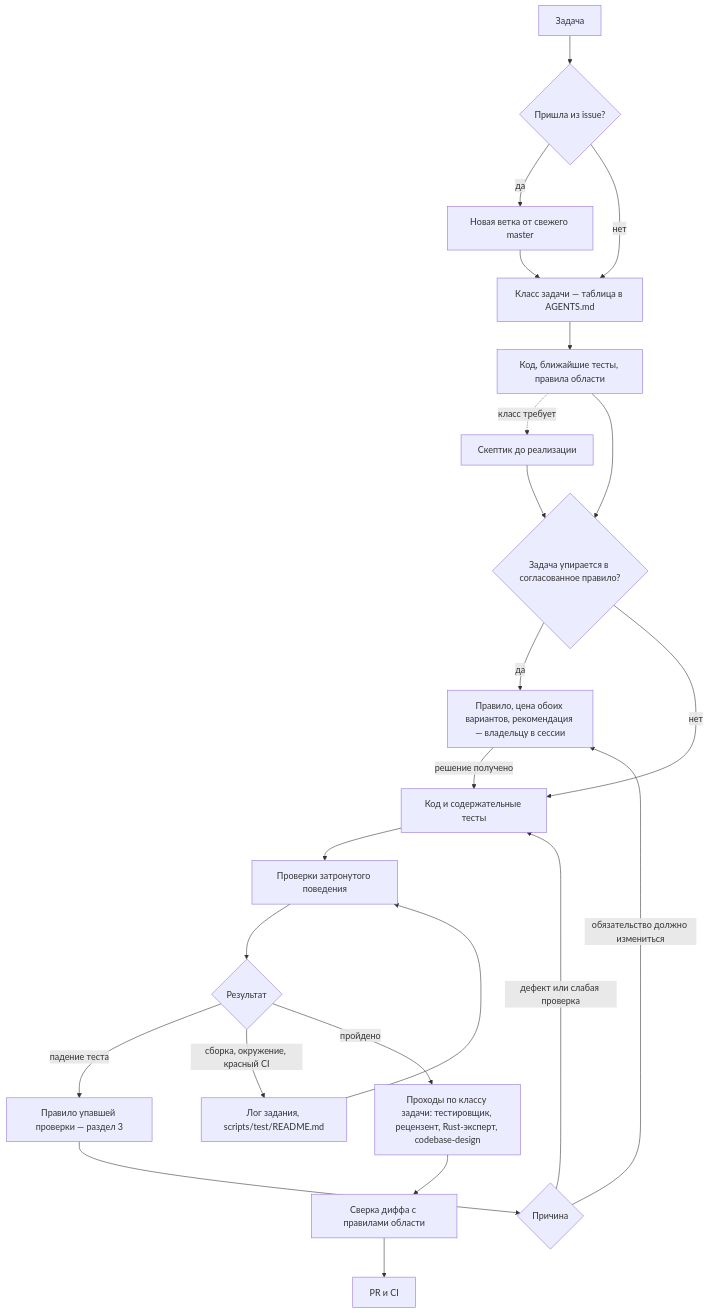
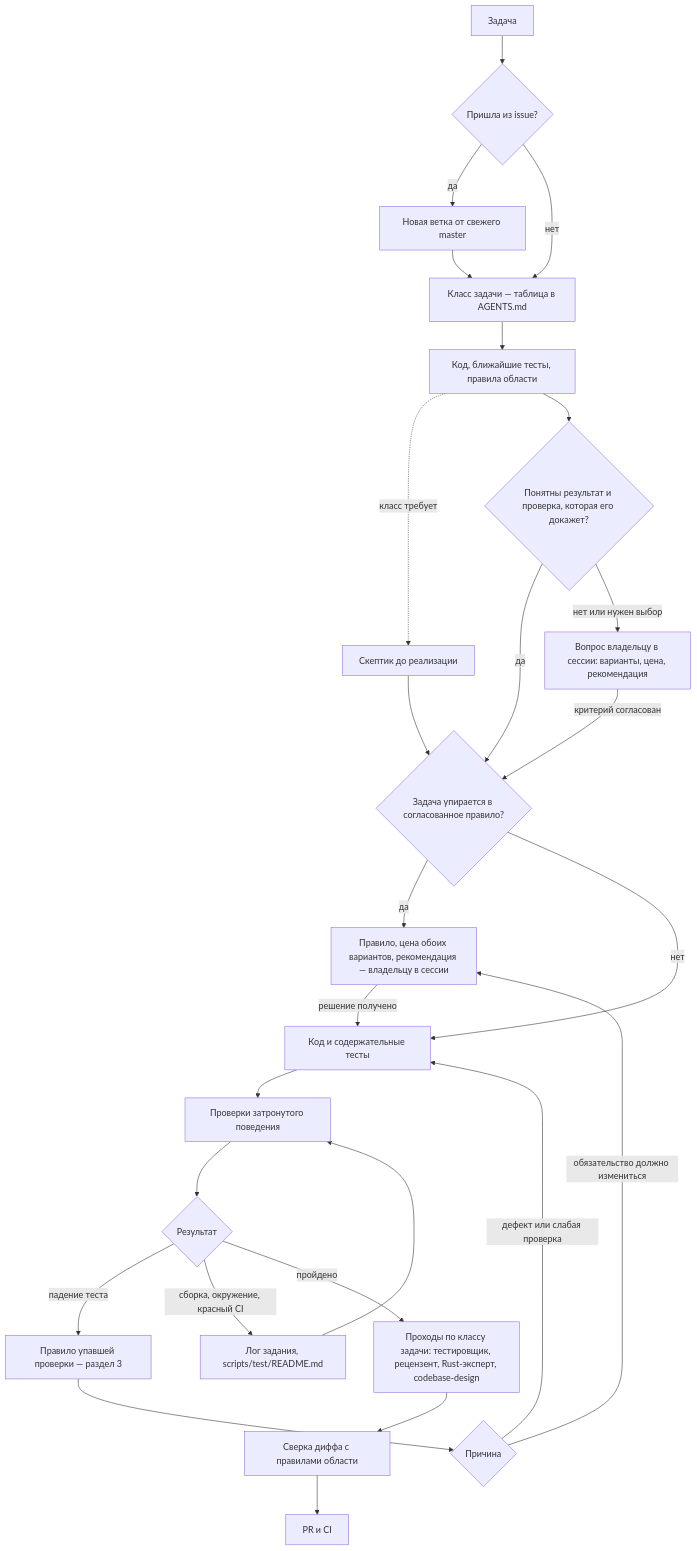
The second of 2 diagrams in AI_DEV.md (IngvarConsulting/v8-runner-rust), drawn with Mermaid before and after one commit. The commit also changed other lines of this file and 1 other file, not shown here.

Commit message:
docs(agents): результат и приёмка при постановке и взятии задачи
- AGENTS.md: раздел Expected Result and Acceptance Criteria — у issue результат и «Приёмка» из проверяемых утверждений; перед работой агент называет результат и доказывающую проверку, неясное — вопрос владельцу в сессии
- AI_DEV.md: шаг «Понятны результат и проверка?» после чтения правил области

````diff
--- a/AI_DEV.md
+++ b/AI_DEV.md
@@ -58,25 +58,29 @@
 ```mermaid
 flowchart TD
     T["Задача"] --> ISS{"Пришла из issue?"}
     ISS -->|"да"| BR["Новая ветка от свежего master"]
     ISS -->|"нет"| CLS
     BR --> CLS["Класс задачи — таблица в AGENTS.md"]
     CLS --> READ["Код, ближайшие тесты, правила области"]
     READ -.->|"класс требует"| SK["Скептик до реализации"]
     SK --> K
-    READ --> K{"Задача упирается в согласованное правило?"}
+    READ --> CRIT{"Понятны результат и проверка, которая его докажет?"}
+    CRIT -->|"да"| K
+    CRIT -->|"нет или нужен выбор"| ASK["Вопрос владельцу в сессии: варианты, цена, рекомендация"]
+    ASK -->|"критерий согласован"| K
+    K{"Задача упирается в согласованное правило?"}
     K -->|"да"| HUMAN["Правило, цена обоих вариантов, рекомендация — владельцу в сессии"]
     HUMAN -->|"решение получено"| CODE
     K -->|"нет"| CODE["Код и содержательные тесты"]
     CODE --> RUN["Проверки затронутого поведения"]
     RUN --> RES{"Результат"}
     RES -->|"падение теста"| LOOK["Правило упавшей проверки — раздел 3"]
     LOOK --> DIAG{"Причина"}
     DIAG -->|"дефект или слабая проверка"| CODE
     DIAG -->|"обязательство должно измениться"| HUMAN
     RES -->|"сборка, окружение, красный CI"| ENV["Лог задания, scripts/test/README.md"]
     ENV --> RUN
     RES -->|"пройдено"| REV["Проходы по классу задачи: тестировщик, рецензент, Rust-эксперт, codebase-design"]
     REV --> REC["Сверка диффа с правилами области"]
     REC --> PR["PR и CI"]
 ```
````
